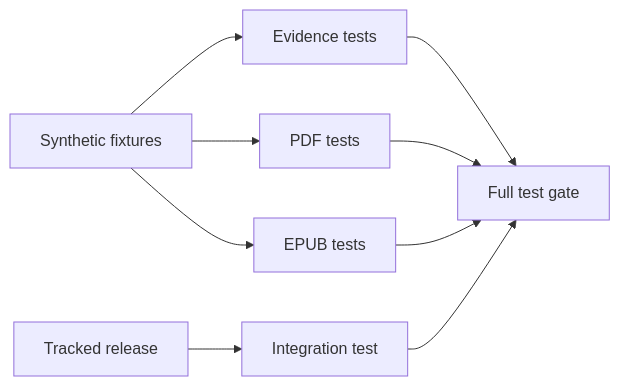
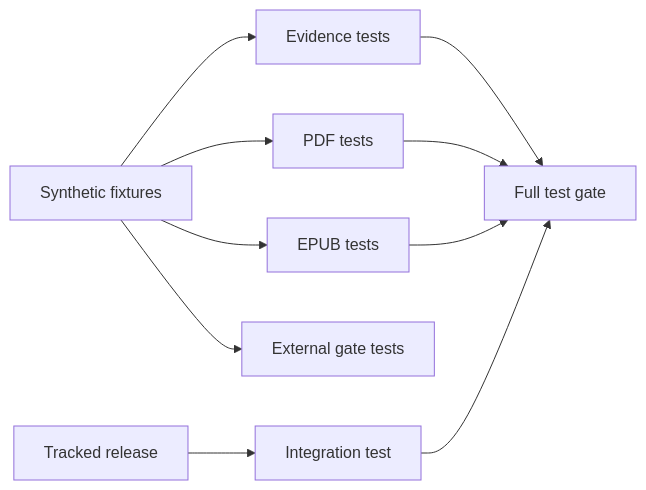
Before and after one commit to streamentry/streamentry: the first of 5 diagrams in tests/AGENTS.md, drawn with Mermaid. The commit also changed other lines of this file and 32 other files, not shown here.

````diff
--- a/tests/AGENTS.md
+++ b/tests/AGENTS.md
@@ -21,11 +22,12 @@
 ```mermaid
 flowchart LR
   F["Synthetic fixtures"] --> E["Evidence tests"]
   F --> P["PDF tests"]
   F --> U["EPUB tests"]
+  F --> X["External gate tests"]
   R["Tracked release"] --> I["Integration test"]
   E --> G["Full test gate"]
   P --> G
   U --> G
   I --> G
 ```
````
